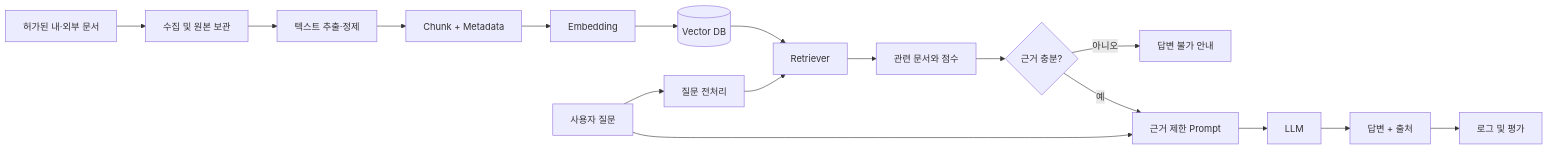
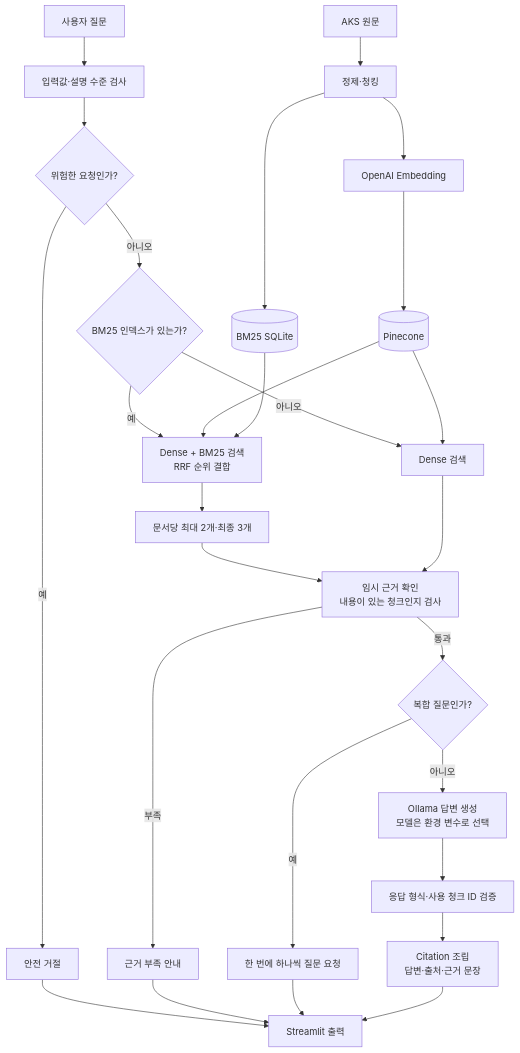
One commit to SpicyAutumn/SKN33-3rd-1Team changed the diagram in README.md. Above: the diagram before and after it, drawn with Mermaid. The commit also changed other lines of this file, not shown here.

````diff
--- a/README.md
+++ b/README.md
@@ -100,20 +93,30 @@
 ```mermaid
-flowchart LR
-    A[허가된 내·외부 문서] --> B[수집 및 원본 보관]
-    B --> C[텍스트 추출·정제]
-    C --> D[Chunk + Metadata]
-    D --> E[Embedding]
-    E --> F[(Vector DB)]
+flowchart TD
+    A[AKS 원문] --> B[정제·청킹]
+    B --> C[OpenAI Embedding]
+    C --> D[(Pinecone)]
+    B --> E[(BM25 SQLite)]
 
-    U[사용자 질문] --> G[질문 전처리]
-    G --> H[Retriever]
-    F --> H
-    H --> I[관련 문서와 점수]
-    I --> J{근거 충분?}
-    J -- 아니오 --> K[답변 불가 안내]
-    J -- 예 --> L[근거 제한 Prompt]
-    U --> L
-    L --> M[LLM]
-    M --> N[답변 + 출처]
-    N --> O[로그 및 평가]
+    Q[사용자 질문] --> V[입력값·설명 수준 검사]
+    V --> S{위험한 요청인가?}
+    S -->|예| SR[안전 거절]
+    S -->|아니오| F{BM25 인덱스가 있는가?}
+    F -->|예| H[Dense + BM25 검색<br/>RRF 순위 결합]
+    F -->|아니오| DE[Dense 검색]
+    D --> H
+    E --> H
+    D --> DE
+    H --> HC[문서당 최대 2개·최종 3개]
+    HC --> I[임시 근거 확인<br/>내용이 있는 청크인지 검사]
+    DE --> I
+    I -->|부족| K[근거 부족 안내]
+    I -->|통과| CQ{복합 질문인가?}
+    CQ -->|예| CL[한 번에 하나씩 질문 요청]
+    CQ -->|아니오| J[Ollama 답변 생성<br/>모델은 환경 변수로 선택]
+    J --> L[응답 형식·사용 청크 ID 검증]
+    L --> M[Citation 조립<br/>답변·출처·근거 문장]
+    SR --> N[Streamlit 출력]
+    K --> N
+    CL --> N
+    M --> N
 ```
````
